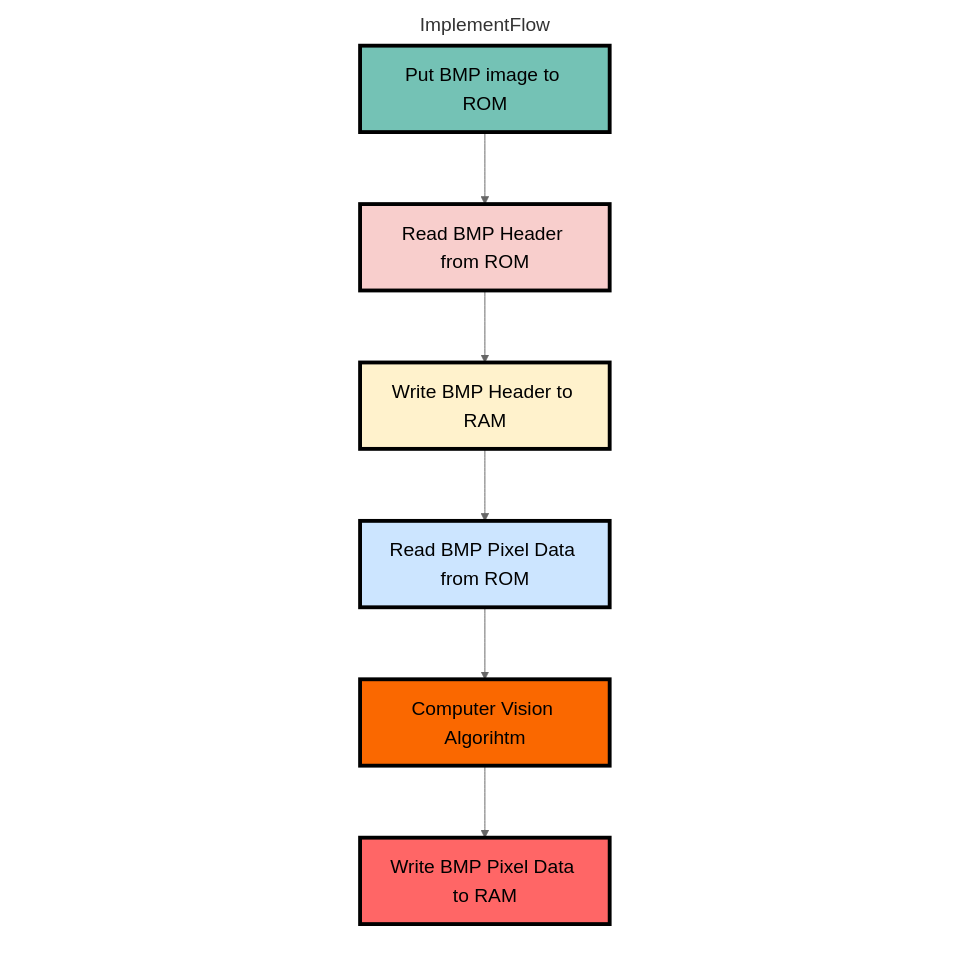
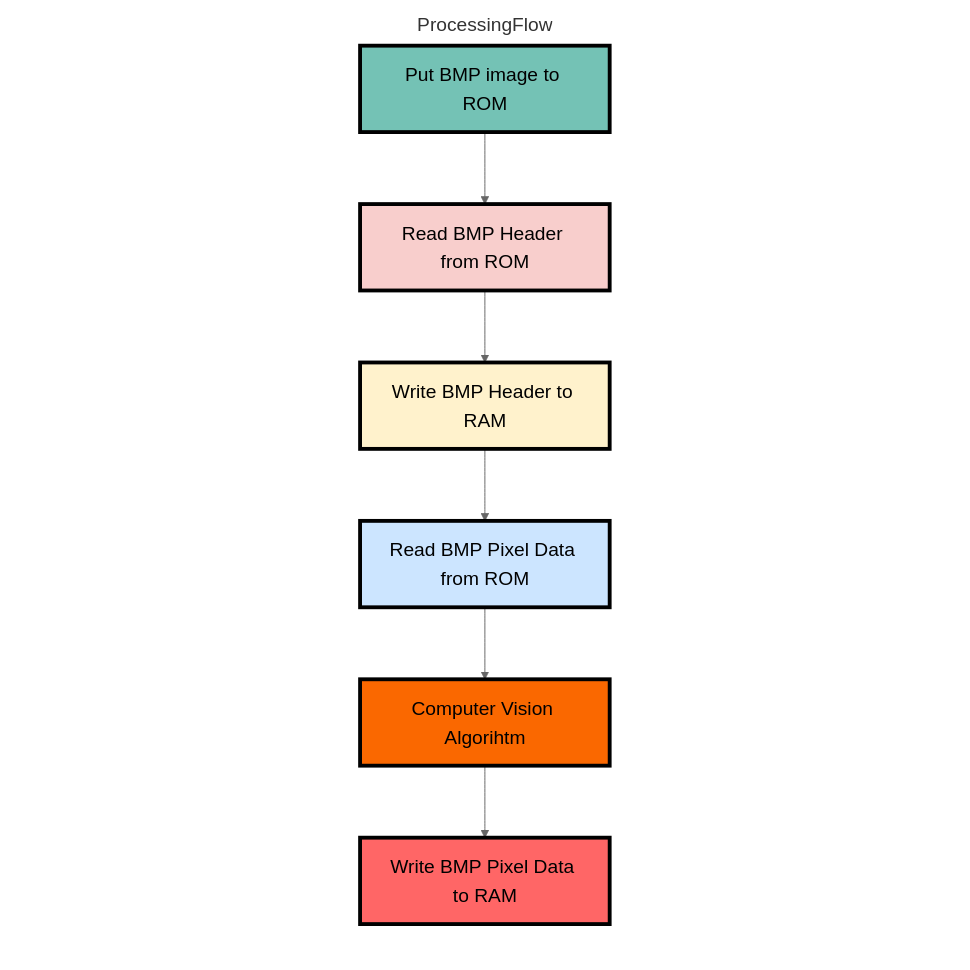
The diagram in README.md (Offliners/Image_Processing_in_C_and_Verilog), drawn with Mermaid before and after one commit. The commit also changed other lines of this file, not shown here.

````diff
--- a/README.md
+++ b/README.md
@@ -20,47 +20,47 @@
 ```mermaid
 %%{
   init: {
     'theme': 'neutral',
     'themeVariables': {
       'textColor': '#000000',
       'noteTextColor' : '#000000',
       'fontSize': '20px'
     }
   }
 }%%
 
 flowchart LR
-    b0[                  ] --- b2[ ] --- b4[ ] --- ImplementFlow --- b1[ ] --- b3[ ] --- b5[                  ]
+    b0[                  ] --- b2[ ] --- b4[ ] --- ProcessingFlow --- b1[ ] --- b3[ ] --- b5[                  ]
     style b0 stroke-width:0px, fill: #FFFFFF00, color:#FFFFFF00
     style b1 stroke-width:0px, fill: #FFFFFF00
     style b2 stroke-width:0px, fill: #FFFFFF00
     style b3 stroke-width:0px, fill: #FFFFFF00
     style b4 stroke-width:0px, fill: #FFFFFF00
     style b5 stroke-width:0px, fill: #FFFFFF00, color:#FFFFFF00
 
     linkStyle 0 stroke-width:0px
     linkStyle 1 stroke-width:0px
     linkStyle 2 stroke-width:0px
     linkStyle 3 stroke-width:0px
     linkStyle 4 stroke-width:0px
     linkStyle 5 stroke-width:0px
     
-    subgraph ImplementFlow
+    subgraph ProcessingFlow
     direction TB
-    style ImplementFlow fill:#ffffff00, stroke-width:0px
+    style ProcessingFlow fill:#ffffff00, stroke-width:0px
 
     direction TB
         A[Put BMP image to ROM]
         A --> B[Read BMP Header from ROM]
         B --> C[Write BMP Header to RAM]
         C --> D[Read BMP Pixel Data from ROM]
         D --> E[Computer Vision Algorihtm]
         E --> F[Write BMP Pixel Data to RAM]
         style A fill:#74c2b5,stroke:#000000,stroke-width:4px
         style B fill:#f8cecc,stroke:#000000,stroke-width:4px
         style C fill:#fff2cc,stroke:#000000,stroke-width:4px
         style D fill:#cce5ff,stroke:#000000,stroke-width:4px
         style E fill:#fa6800,stroke:#000000,stroke-width:4px
         style F fill:#ff6666,stroke:#000000,stroke-width:4px
     end
 ```
````
